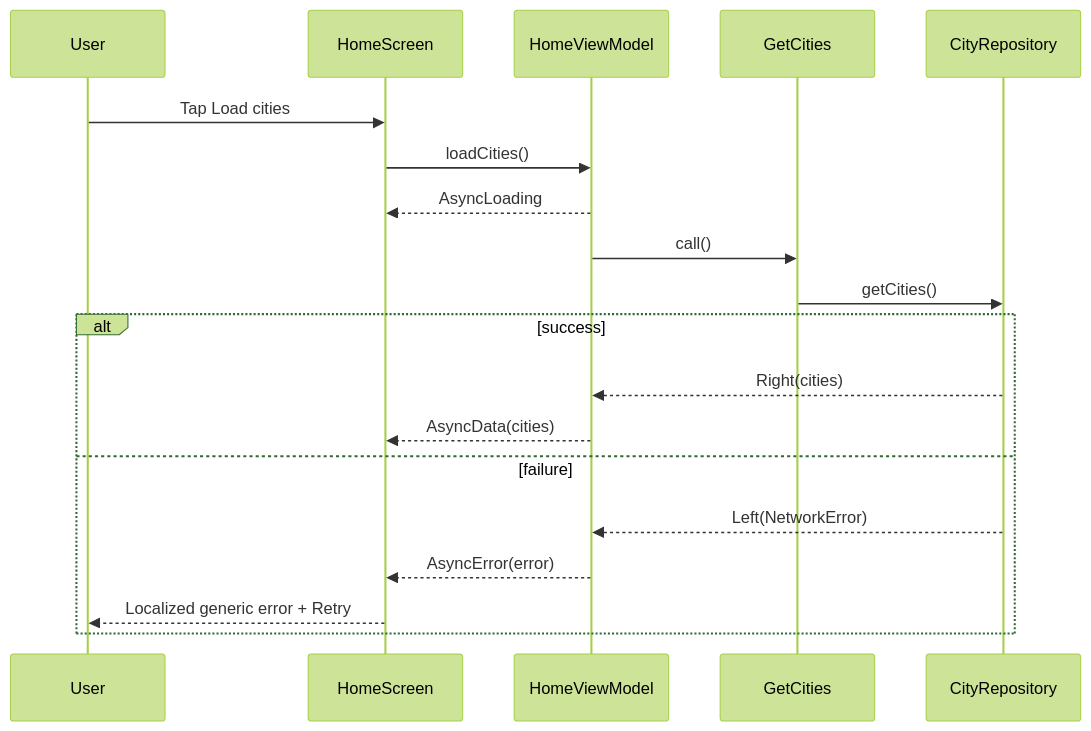
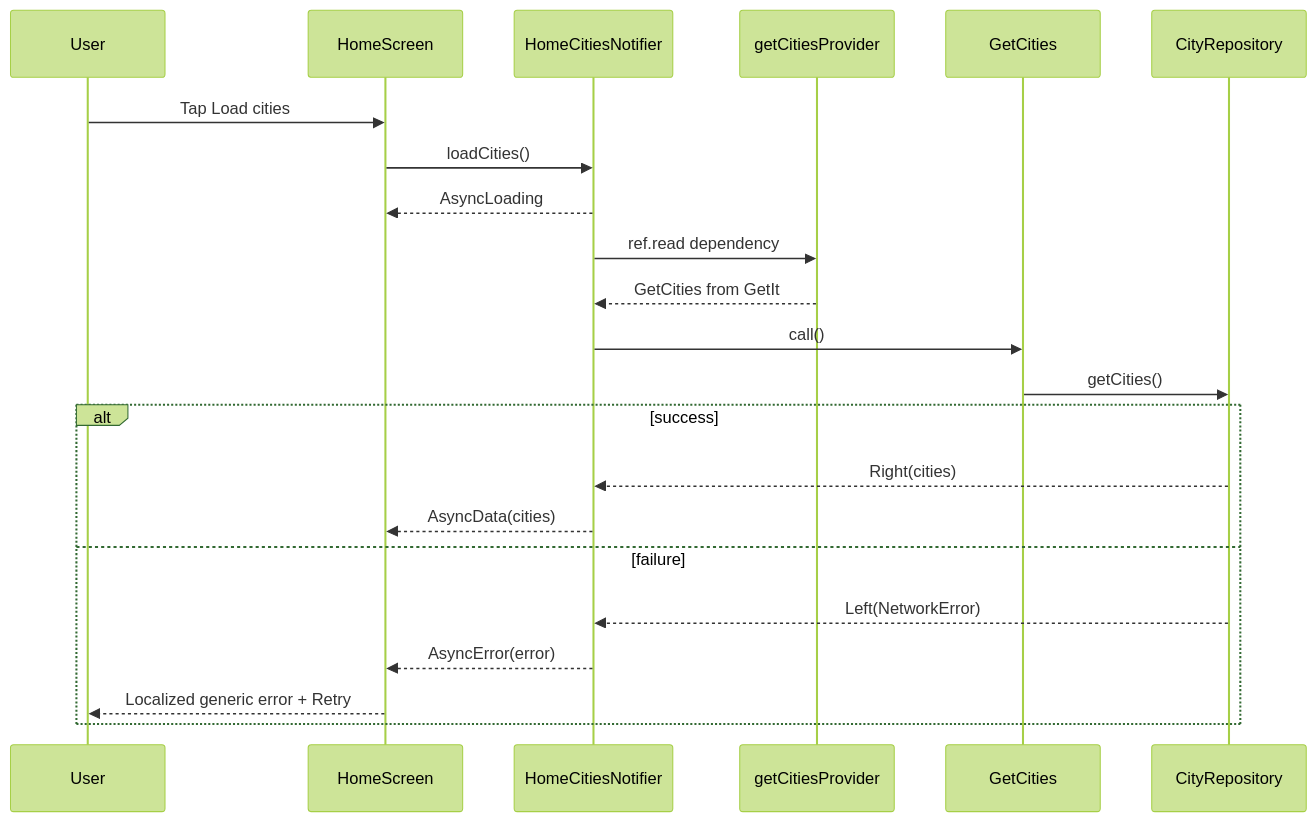
One commit to hvthang-17/seemate-ai changed the third of 4 diagrams in docs/system-architecture.md. Above: the diagram before and after it, drawn with Mermaid (forest theme). The commit also changed other lines of this file and 9 other files, not shown here.

Commit message:
docs: update specs and roadmap

````diff
--- a/docs/system-architecture.md
+++ b/docs/system-architecture.md
@@ -40,21 +50,24 @@
 ```mermaid
 sequenceDiagram
     participant U as User
     participant S as HomeScreen
-    participant V as HomeViewModel
+    participant V as HomeCitiesNotifier
+    participant P as getCitiesProvider
     participant C as GetCities
     participant R as CityRepository
     U->>S: Tap Load cities
     S->>V: loadCities()
     V-->>S: AsyncLoading
+    V->>P: ref.read dependency
+    P-->>V: GetCities from GetIt
     V->>C: call()
     C->>R: getCities()
     alt success
         R-->>V: Right(cities)
         V-->>S: AsyncData(cities)
     else failure
         R-->>V: Left(NetworkError)
         V-->>S: AsyncError(error)
         S-->>U: Localized generic error + Retry
     end
 ```
````
